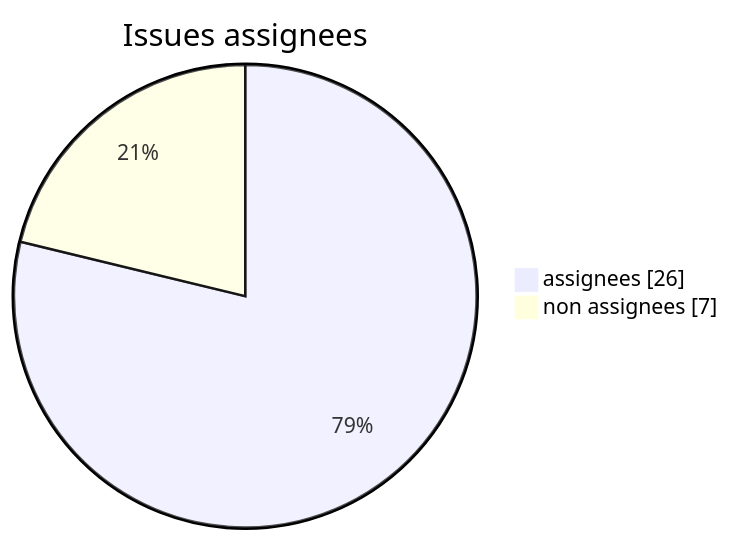
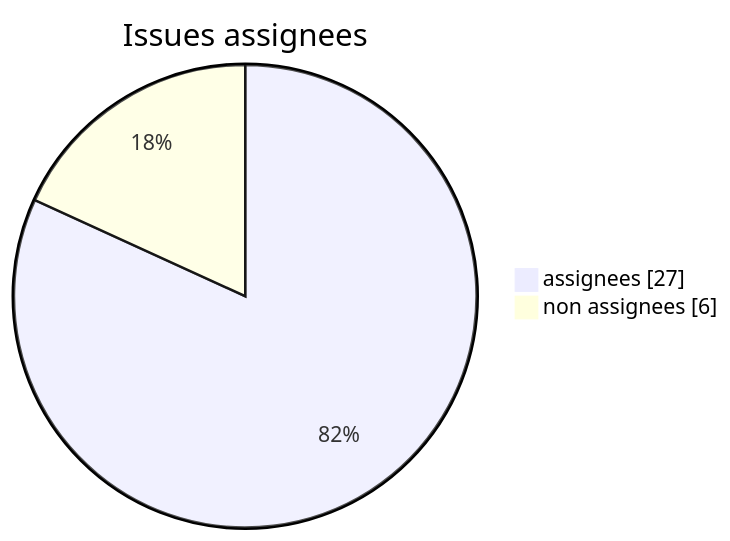
One commit to Gooseppr/GevOps_LC changed the first of 7 diagrams in modules/M51_projet-board-J11.md. Above: the diagram before and after it, drawn with Mermaid. The commit also changed other lines of this file, not shown here.

````diff
--- a/modules/M51_projet-board-J11.md
+++ b/modules/M51_projet-board-J11.md
@@ -30,6 +30,6 @@
 ```mermaid
 pie showData
     title Issues assignees
-    "assignees" : 26
-    "non assignees" : 7
+    "assignees" : 27
+    "non assignees" : 6
 ```
````
